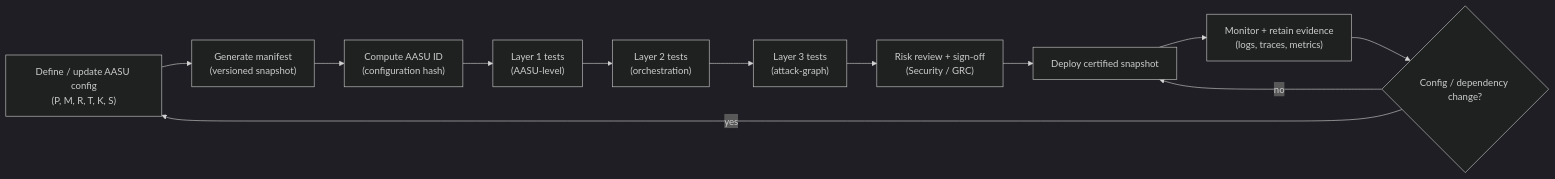
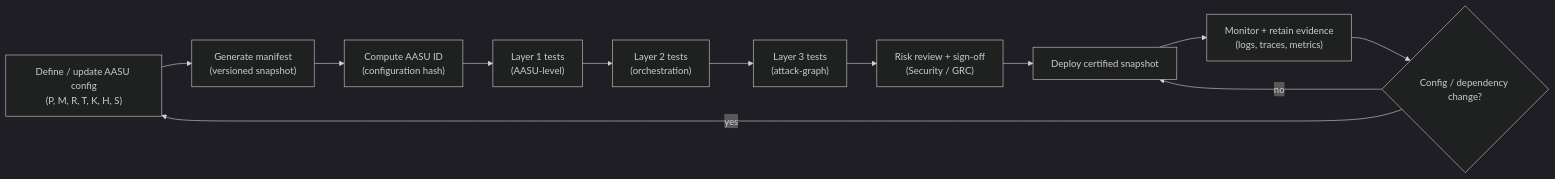
One commit to SAISec/AASU changed the ninth of 9 diagrams in AASU_White_Paper_Consolidated_v2_2.md. Above: the diagram before and after it, drawn with Mermaid (dark theme). The commit also changed other lines of this file and 16 other files, not shown here.

````diff
--- a/AASU_White_Paper_Consolidated_v2_2.md
+++ b/AASU_White_Paper_Consolidated_v2_2.md
@@ -346,17 +350,17 @@
 ```mermaid
 flowchart LR
-  DEV["Define / update AASU config<br/>(P, M, R, T, K, S)"] --> MAN["Generate manifest<br/>(versioned snapshot)"]
+  DEV["Define / update AASU config<br/>(P, M, R, T, K, H, S)"] --> MAN["Generate manifest<br/>(versioned snapshot)"]
   MAN --> HASH["Compute AASU ID<br/>(configuration hash)"]
 
   HASH --> T1["Layer 1 tests<br/>(AASU-level)"]
   T1 --> T2["Layer 2 tests<br/>(orchestration)"]
   T2 --> T3["Layer 3 tests<br/>(attack-graph)"]
 
   T3 --> RISK["Risk review + sign-off<br/>(Security / GRC)"]
   RISK --> DEP["Deploy certified snapshot"]
   DEP --> MON["Monitor + retain evidence<br/>(logs, traces, metrics)"]
 
   MON --> CHG{"Config / dependency change?"}
   CHG -->|yes| DEV
   CHG -->|no| DEP
 ```
````
